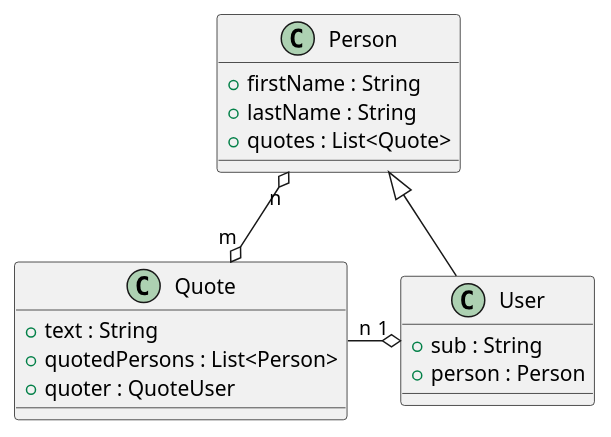
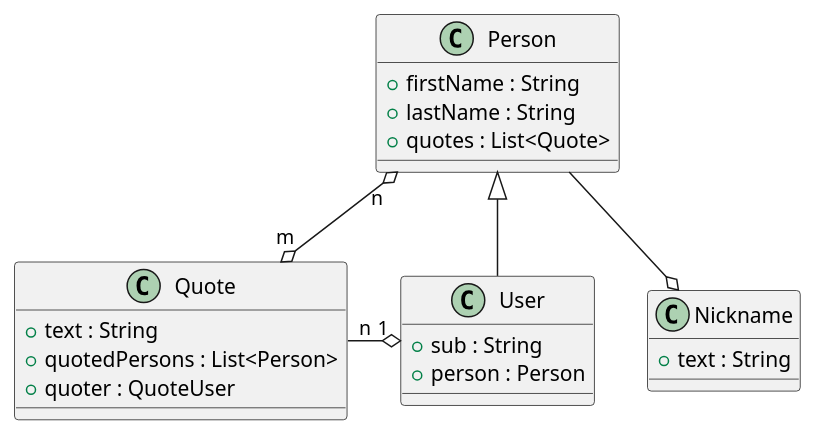
Before and after one commit to VanishedVoyager/quotesc-backend: the first of 2 diagrams in Readme.adoc, drawn with PlantUML. The commit also changed other lines of this file and 6 other files, not shown here.

```diff
--- a/Readme.adoc
+++ b/Readme.adoc
@@ -17,20 +17,24 @@
 [plantuml]
 ----
 Person "n" o--o "m" Quote
 Person <|-- User
 Quote "n" -o "1" User
+Person --o Nickname
 class Quote {
     + text : String
     + quotedPersons : List<Person>
     + quoter : QuoteUser
 }
 class Person {
     + firstName : String
     + lastName : String
     + quotes : List<Quote>
 }
 class User {
     + sub : String
     + person : Person
 }
+class Nickname {
+    + text : String
+}
 ----
```
